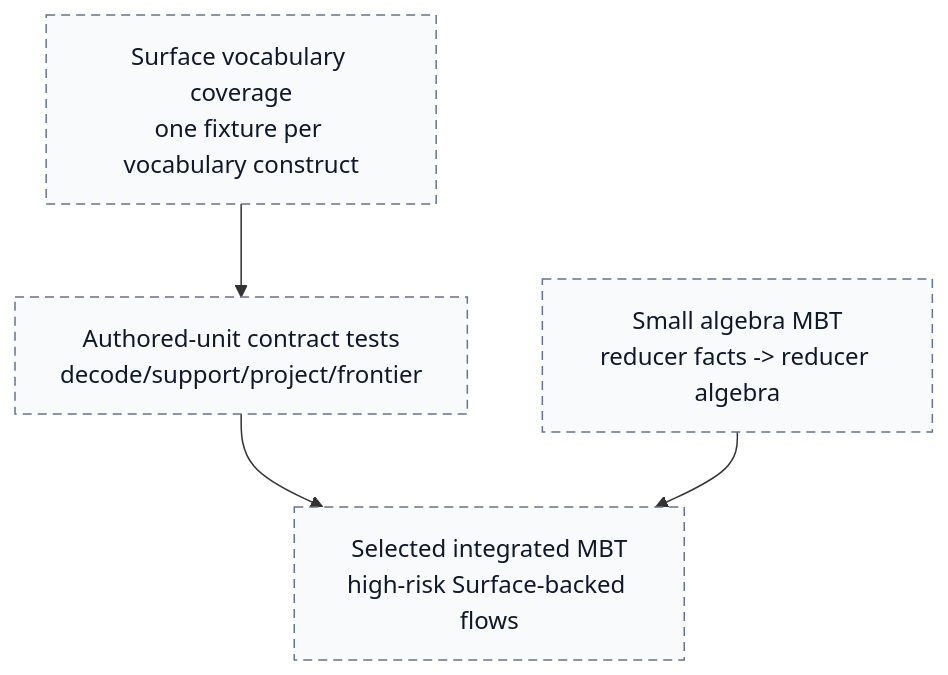
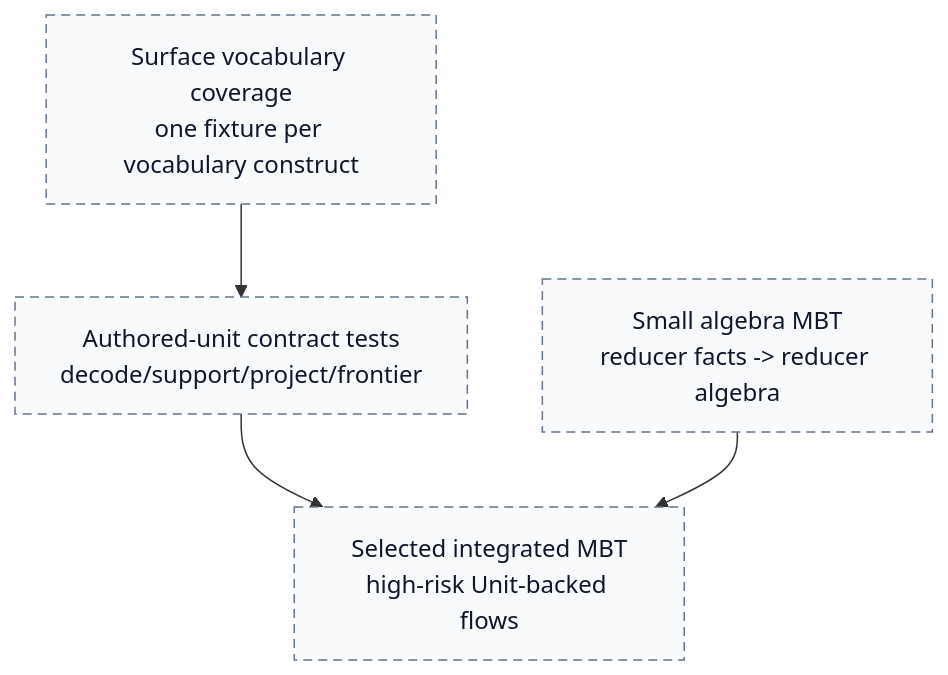
One commit to dearlordylord/5e-quint changed the fifth of 6 diagrams in packages/surface-runtime-correction/MBT_TO_REDUCER_GRAPH.md. Above: the diagram before and after it, drawn with Mermaid. The commit also changed other lines of this file and 46 other files, not shown here.

````diff
--- a/packages/surface-runtime-correction/MBT_TO_REDUCER_GRAPH.md
+++ b/packages/surface-runtime-correction/MBT_TO_REDUCER_GRAPH.md
@@ -282,14 +282,14 @@
 ```mermaid
 flowchart TD
   Vocabulary["Surface vocabulary coverage<br/>one fixture per vocabulary construct"]
   UnitContracts["Authored-unit contract tests<br/>decode/support/project/frontier"]
   Small["Small algebra MBT<br/>reducer facts -> reducer algebra"]
-  Integrated["Selected integrated MBT<br/>high-risk Surface-backed flows"]
+  Integrated["Selected integrated MBT<br/>high-risk Unit-backed flows"]
 
   Vocabulary --> UnitContracts
   UnitContracts --> Integrated
   Small --> Integrated
 
   classDef draft fill:#f8fafc,stroke:#64748b,stroke-dasharray:6 4,color:#0f172a;
   class Vocabulary,UnitContracts,Small,Integrated draft;
 ```
````
